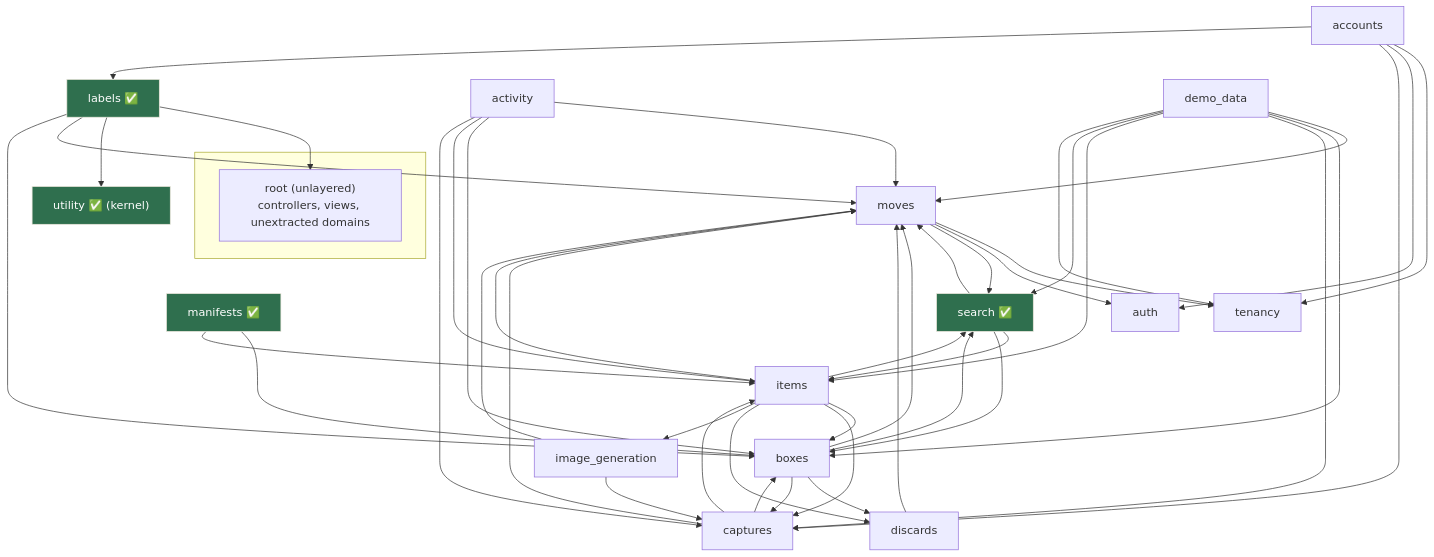
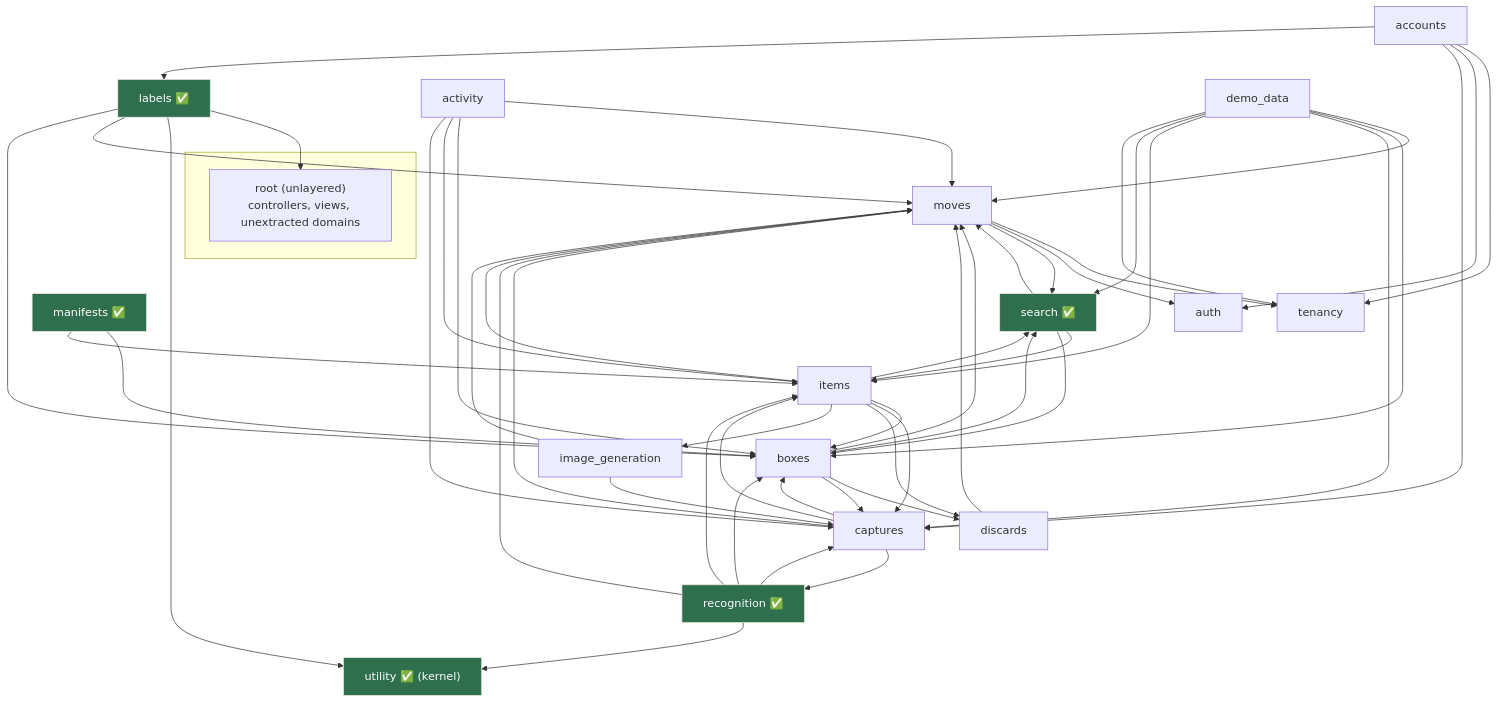
Before and after one commit to joel/move: the diagram in doc/project/packwerk-boundaries.md, drawn with Mermaid. The commit also changed 2 other files, not shown here.

Commit message:
docs(packwerk): mark recognition as an extracted domain pack
Add a recognition node to the domain map (split from captures) and mark it
extracted alongside labels, manifests, and search; regenerate the SVG/Excalidraw.

````diff
--- a/doc/project/packwerk-boundaries.md
+++ b/doc/project/packwerk-boundaries.md
@@ -154,39 +154,41 @@
 ```mermaid
 graph TD
     subgraph application [" "]
       root["root (unlayered)<br/>controllers, views, unextracted domains"]
     end
 
     labels["labels ✅"]
     utility["utility ✅ (kernel)"]
     boxes["boxes"]
     items["items"]
     moves["moves"]
     captures["captures"]
+    recognition["recognition ✅"]
     search["search ✅"]
     image_gen["image_generation"]
     activity["activity"]
     manifests["manifests ✅"]
     discards["discards"]
     accounts["accounts"]
     demo["demo_data"]
     tenancy["tenancy"]
     auth["auth"]
 
     labels --> root & utility
     boxes --> moves & discards & search & captures
     items --> boxes & moves & captures & discards & image_gen & search
-    captures --> moves & boxes & items
+    captures --> moves & boxes & items & recognition
+    recognition --> moves & boxes & items & captures & utility
     search --> moves & items & boxes
     moves --> tenancy & auth & search
     image_gen --> moves & captures
     activity --> moves & boxes & items & captures
     manifests --> boxes & items
     labels --> moves & boxes
     accounts --> tenancy & auth & captures & labels
     demo --> moves & boxes & captures & items & search & tenancy
     discards --> moves
 
     classDef done fill:#2f6f4e,stroke:#ECE7DC,color:#fff;
-    class labels,utility,manifests,search done;
+    class labels,utility,manifests,search,recognition done;
 ```
````
